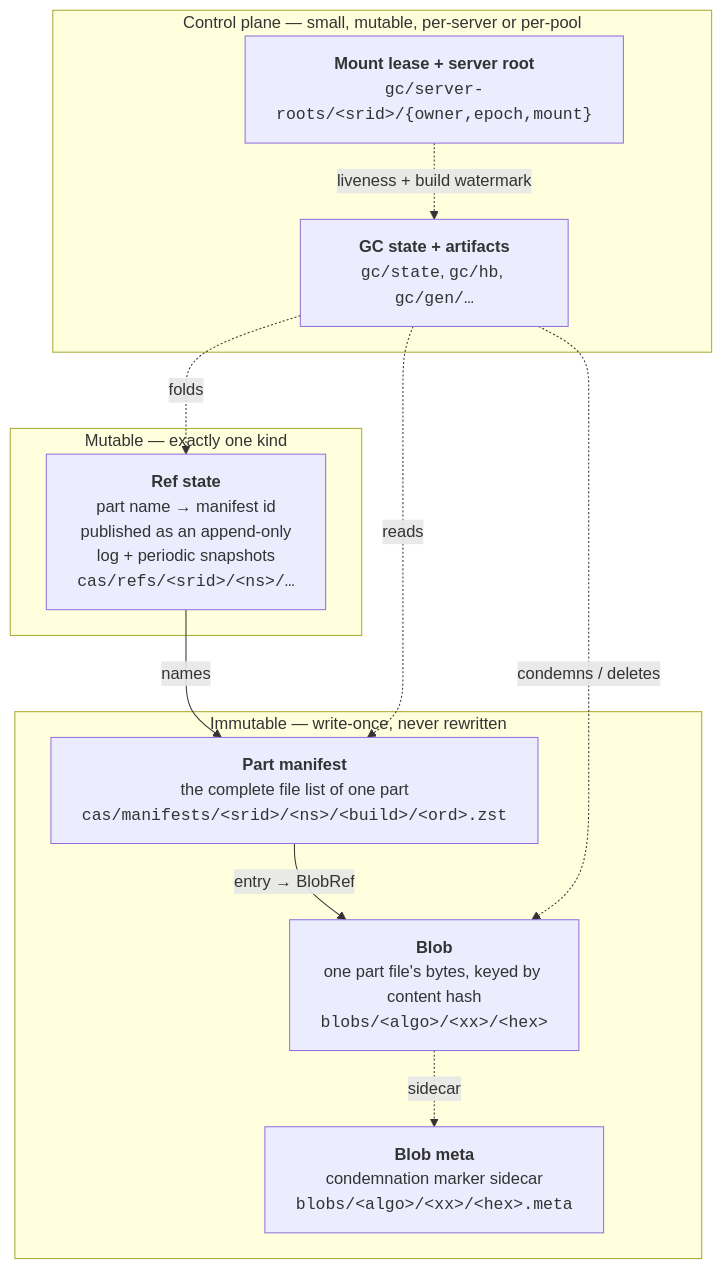
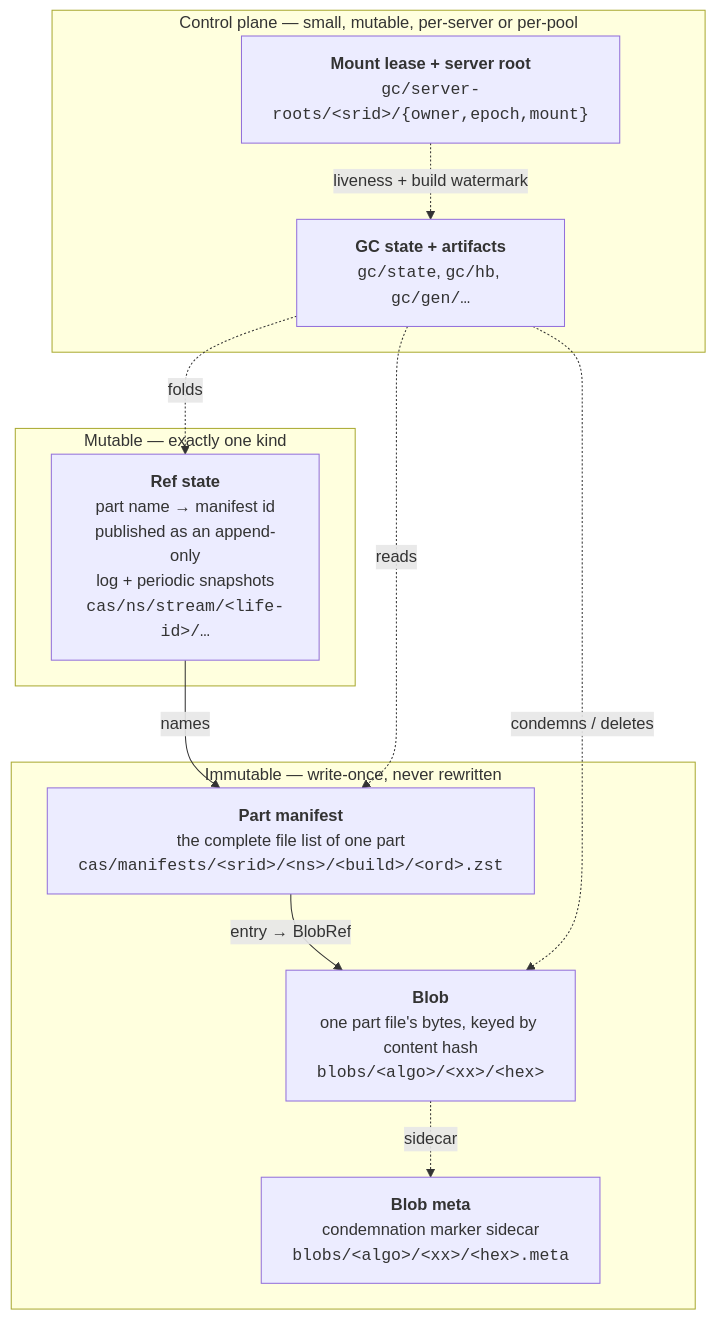
Before and after one commit to Altinity/ClickHouse: the first of 16 diagrams in docs/superpowers/cas/11-walkthrough.md, drawn with Mermaid. The commit also changed other lines of this file and 13 other files, not shown here.

````diff
--- a/docs/superpowers/cas/11-walkthrough.md
+++ b/docs/superpowers/cas/11-walkthrough.md
@@ -126,23 +126,23 @@
 ```mermaid
 graph TD
     subgraph MUT["Mutable — exactly one kind"]
-        R["<b>Ref state</b><br/>part name → manifest id<br/>published as an append-only<br/>log + periodic snapshots<br/><code>cas/refs/&lt;srid&gt;/&lt;ns&gt;/…</code>"]
+        R["<b>Ref state</b><br/>part name → manifest id<br/>published as an append-only<br/>log + periodic snapshots<br/><code>cas/ns/stream/&lt;life-id&gt;/…</code>"]
     end
     subgraph IMM["Immutable — write-once, never rewritten"]
         M["<b>Part manifest</b><br/>the complete file list of one part<br/><code>cas/manifests/&lt;srid&gt;/&lt;ns&gt;/&lt;build&gt;/&lt;ord&gt;.zst</code>"]
         B["<b>Blob</b><br/>one part file's bytes, keyed by content hash<br/><code>blobs/&lt;algo&gt;/&lt;xx&gt;/&lt;hex&gt;</code>"]
         BM["<b>Blob meta</b><br/>condemnation marker sidecar<br/><code>blobs/&lt;algo&gt;/&lt;xx&gt;/&lt;hex&gt;.meta</code>"]
     end
     subgraph CTL["Control plane — small, mutable, per-server or per-pool"]
         L["<b>Mount lease + server root</b><br/><code>gc/server-roots/&lt;srid&gt;/{owner,epoch,mount}</code>"]
         G["<b>GC state + artifacts</b><br/><code>gc/state</code>, <code>gc/hb</code>, <code>gc/gen/…</code>"]
     end
 
     R -->|"names"| M
     M -->|"entry → BlobRef"| B
     B -.->|"sidecar"| BM
     G -.->|"folds"| R
     G -.->|"reads"| M
     G -.->|"condemns / deletes"| B
     L -.->|"liveness + build watermark"| G
 ```
````
